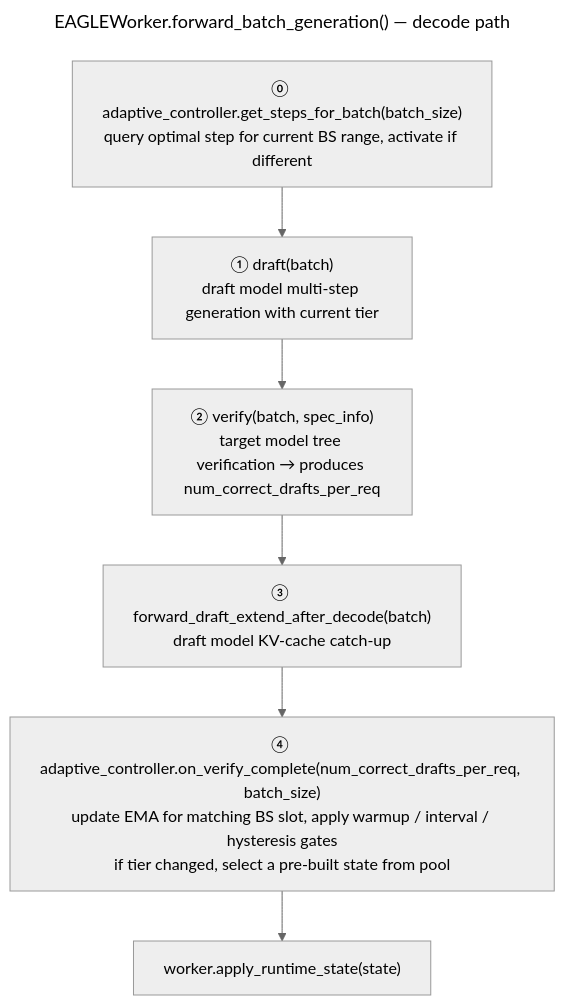
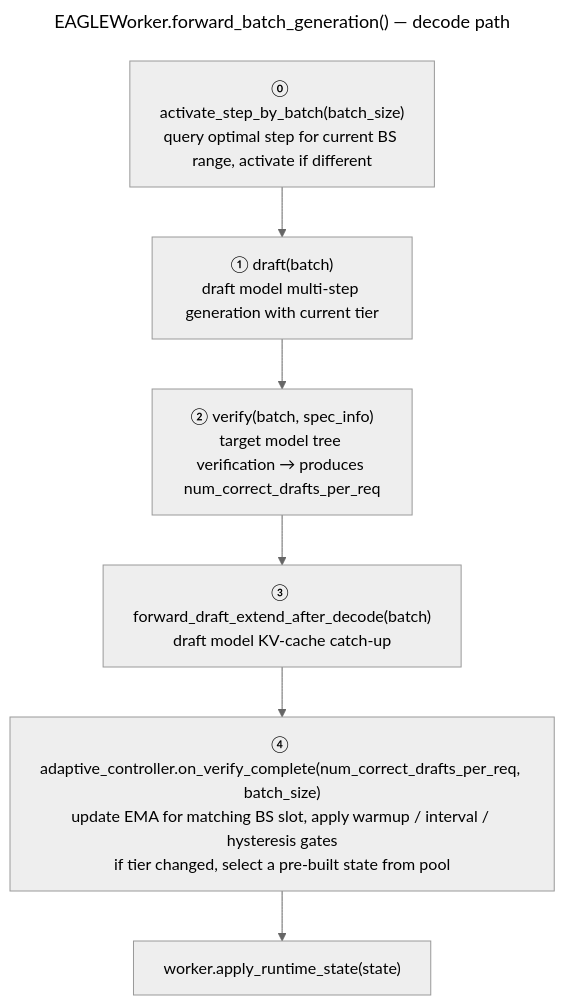
One commit to sgl-project/sglang changed the second of 2 diagrams in docs_new/docs/advanced_features/adaptive_speculative_decoding.mdx. Above: the diagram before and after it, drawn with Mermaid (neutral theme). The commit also changed 4 other files, not shown here.

````diff
--- a/docs_new/docs/advanced_features/adaptive_speculative_decoding.mdx
+++ b/docs_new/docs/advanced_features/adaptive_speculative_decoding.mdx
@@ -74,13 +74,13 @@
 ```mermaid
 ---
 title: "EAGLEWorker.forward_batch_generation() — decode path"
 ---
 flowchart TD
-  Z["⓪ adaptive_controller.get_steps_for_batch(batch_size)<br/>query optimal step for current BS range, activate if different"]
+  Z["⓪ activate_step_by_batch(batch_size)<br/>query optimal step for current BS range, activate if different"]
   A["① draft(batch)<br/>draft model multi-step generation with current tier"]
   B["② verify(batch, spec_info)<br/>target model tree verification → produces num_correct_drafts_per_req"]
   C["③ forward_draft_extend_after_decode(batch)<br/>draft model KV-cache catch-up"]
   D["④ adaptive_controller.on_verify_complete(num_correct_drafts_per_req, batch_size)<br/>update EMA for matching BS slot, apply warmup / interval / hysteresis gates<br/>if tier changed, select a pre-built state from pool"]
   E["worker.apply_runtime_state(state)"]
   Z --> A --> B --> C --> D --> E
 ```
````
